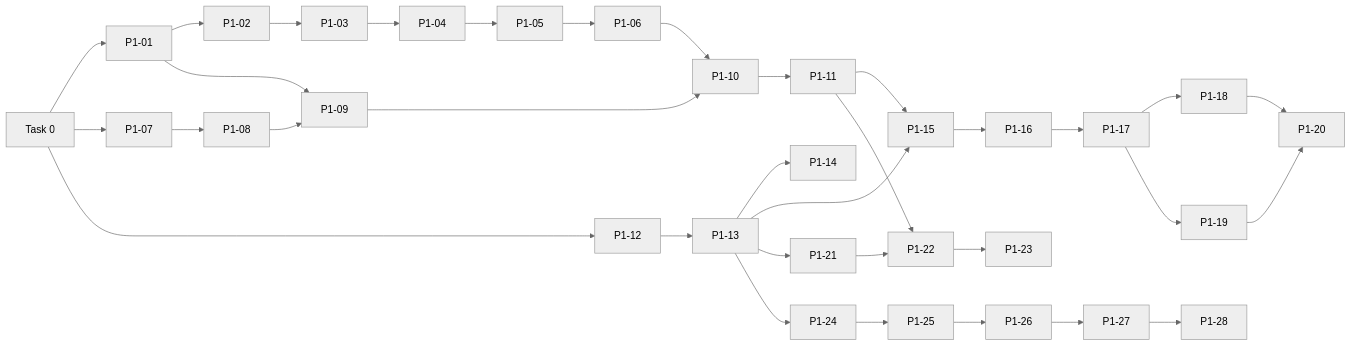
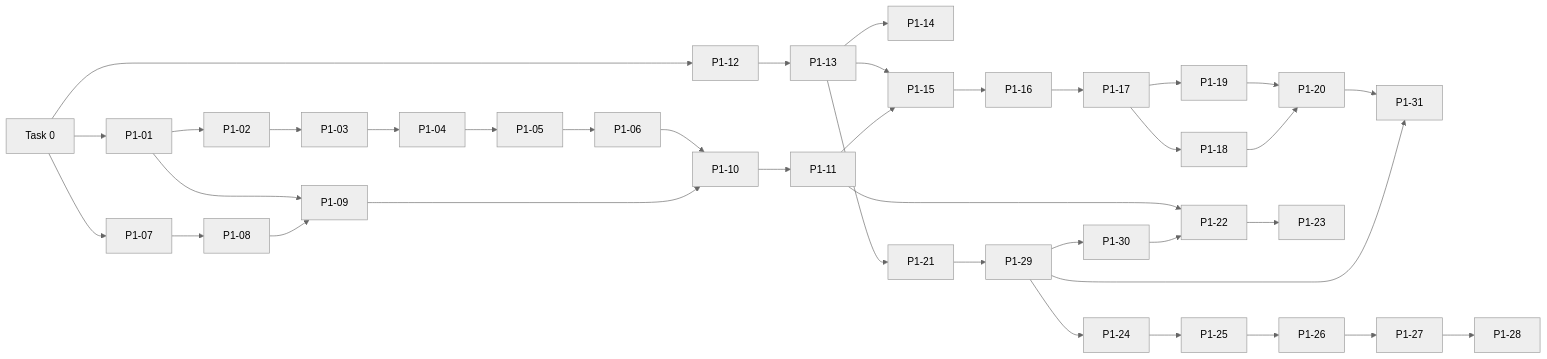
Before and after one commit to Sodabeh-Taherpanah/vorchain_project: the diagram in docs/backlog.md, drawn with Mermaid (neutral theme). The commit also changed other lines of this file and 3 other files, not shown here.

````diff
--- a/docs/backlog.md
+++ b/docs/backlog.md
@@ -52,14 +58,16 @@
 ```mermaid
 flowchart LR
   T0[Task 0] --> E1[P1-01] --> E2[P1-02] --> E3[P1-03] --> E4[P1-04] --> E5[P1-05] --> E6[P1-06]
   T0 --> R7[P1-07] --> R8[P1-08] --> R9[P1-09] --> R10[P1-10] --> S11[P1-11]
   E1 --> R9
   E6 --> R10
   T0 --> W12[P1-12] --> W13[P1-13] --> D14[P1-14]
   S11 --> W15[P1-15]
   W13 --> W15 --> W16[P1-16] --> W17[P1-17] --> W18[P1-18] --> W20[P1-20]
   W17 --> W19[P1-19] --> W20
-  W13 --> L21[P1-21] --> L22[P1-22] --> SEO23[P1-23]
+  W13 --> L21[P1-21] --> G29[P1-29] --> G30[P1-30] --> L22[P1-22] --> SEO23[P1-23]
   S11 --> L22
-  W13 --> LG24[P1-24] --> C25[P1-25] --> A26[P1-26] --> H27[P1-27] --> P28[P1-28]
+  G29 --> G31[P1-31]
+  W20 --> G31
+  G29 --> LG24[P1-24] --> C25[P1-25] --> A26[P1-26] --> H27[P1-27] --> P28[P1-28]
 ```
````
